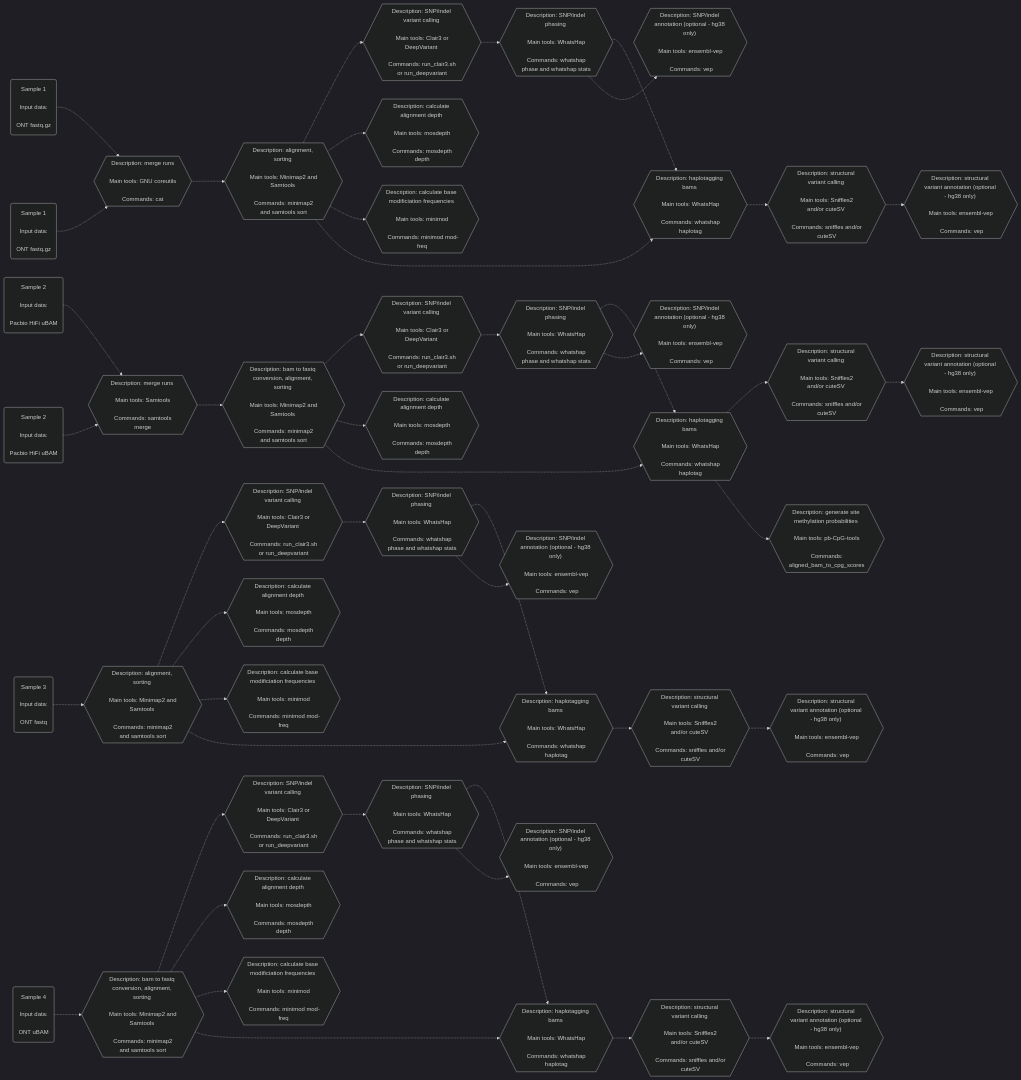
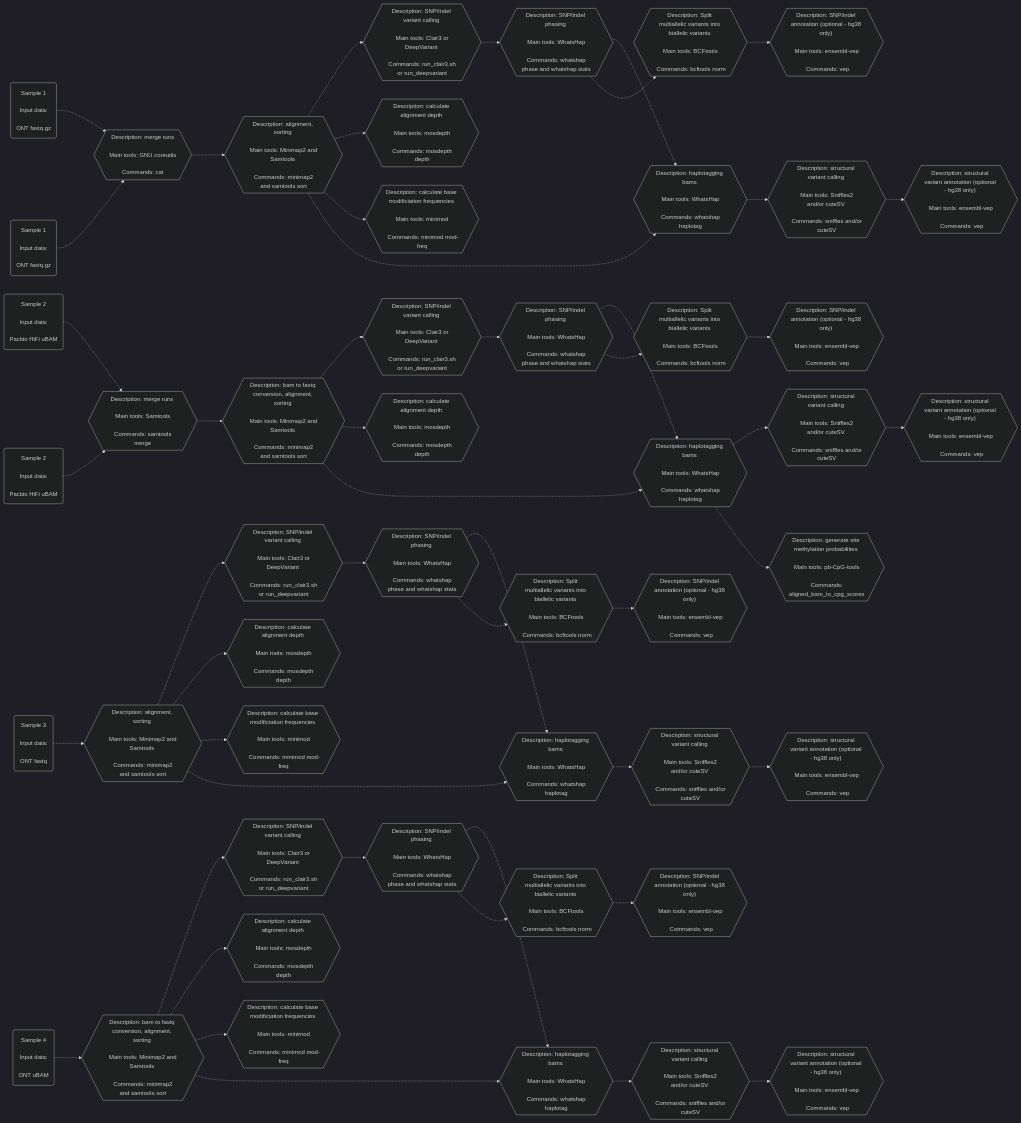
One commit to leahkemp/pipeface changed the second of 2 diagrams in README.md. Above: the diagram before and after it, drawn with Mermaid. The commit also changed other lines of this file, not shown here.

Commit message:
update mermaid diagram

```diff
--- a/README.md
+++ b/README.md
@@ -71,6 +72,11 @@
 snp_indel_calling_s2{{"Description: SNP/indel variant calling <br><br> Main tools: Clair3 or DeepVariant <br><br> Commands: run_clair3.sh or run_deepvariant"}}
 snp_indel_calling_s3{{"Description: SNP/indel variant calling <br><br> Main tools: Clair3 or DeepVariant <br><br> Commands: run_clair3.sh or run_deepvariant"}}
 snp_indel_calling_s4{{"Description: SNP/indel variant calling <br><br> Main tools: Clair3 or DeepVariant <br><br> Commands: run_clair3.sh or run_deepvariant"}}
+
+split_multiallele_s1{{"Description: Split multiallelic variants into biallelic variants <br><br> Main tools: BCFtools <br><br> Commands: bcftools norm"}}
+split_multiallele_s2{{"Description: Split multiallelic variants into biallelic variants <br><br> Main tools: BCFtools <br><br> Commands: bcftools norm"}}
+split_multiallele_s3{{"Description: Split multiallelic variants into biallelic variants <br><br> Main tools: BCFtools <br><br> Commands: bcftools norm"}}
+split_multiallele_s4{{"Description: Split multiallelic variants into biallelic variants <br><br> Main tools: BCFtools <br><br> Commands: bcftools norm"}}
 
 snp_indel_phasing_s1{{"Description: SNP/indel phasing <br><br> Main tools: WhatsHap <br><br> Commands: whatshap phase and whatshap stats"}}
 snp_indel_phasing_s2{{"Description: SNP/indel phasing <br><br> Main tools: WhatsHap <br><br> Commands: whatshap phase and whatshap stats"}}
@@ -125,10 +131,10 @@
 
 haplotagging_s2-.->generate_meth_probs_s2
 
-snp_indel_phasing_s1-.->snp_indel_annotation_s1
-snp_indel_phasing_s2-.->snp_indel_annotation_s2
-snp_indel_phasing_s3-.->snp_indel_annotation_s3
-snp_indel_phasing_s4-.->snp_indel_annotation_s4
+snp_indel_phasing_s1-.->split_multiallele_s1-.->snp_indel_annotation_s1
+snp_indel_phasing_s2-.->split_multiallele_s2-.->snp_indel_annotation_s2
+snp_indel_phasing_s3-.->split_multiallele_s3-.->snp_indel_annotation_s3
+snp_indel_phasing_s4-.->split_multiallele_s4-.->snp_indel_annotation_s4
 
 sv_calling_s1-.->sv_annotation_s1
 sv_calling_s2-.->sv_annotation_s2
```
